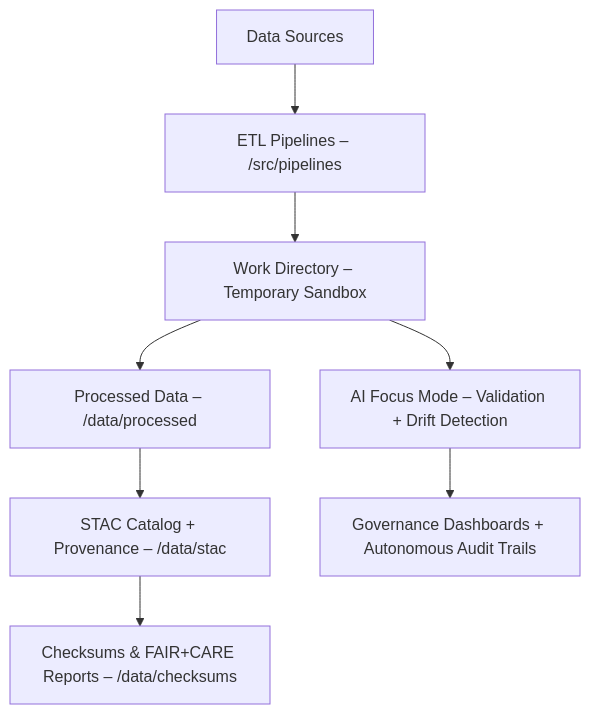
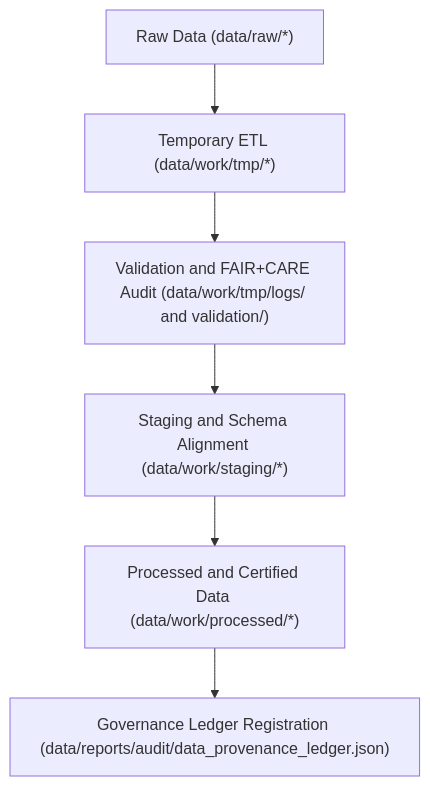
The diagram in data/work/README.md (bartytime4life/Kansas-Frontier-Matrix), drawn with Mermaid before and after one commit. The commit also changed other lines of this file, not shown here.

````diff
--- a/data/work/README.md
+++ b/data/work/README.md
@@ -67,10 +80,8 @@
 ```mermaid
-graph TD
-    A["Data Sources"] --> B["ETL Pipelines – /src/pipelines"]
-    B --> C["Work Directory – Temporary Sandbox"]
-    C --> D["Processed Data – /data/processed"]
-    D --> E["STAC Catalog + Provenance – /data/stac"]
-    E --> F["Checksums & FAIR+CARE Reports – /data/checksums"]
-    C --> G["AI Focus Mode – Validation + Drift Detection"]
-    G --> H["Governance Dashboards + Autonomous Audit Trails"]
+flowchart TD
+    A["Raw Data (data/raw/*)"] --> B["Temporary ETL (data/work/tmp/*)"]
+    B --> C["Validation and FAIR+CARE Audit (data/work/tmp/logs/ and validation/)"]
+    C --> D["Staging and Schema Alignment (data/work/staging/*)"]
+    D --> E["Processed and Certified Data (data/work/processed/*)"]
+    E --> F["Governance Ledger Registration (data/reports/audit/data_provenance_ledger.json)"]
 ```
````
